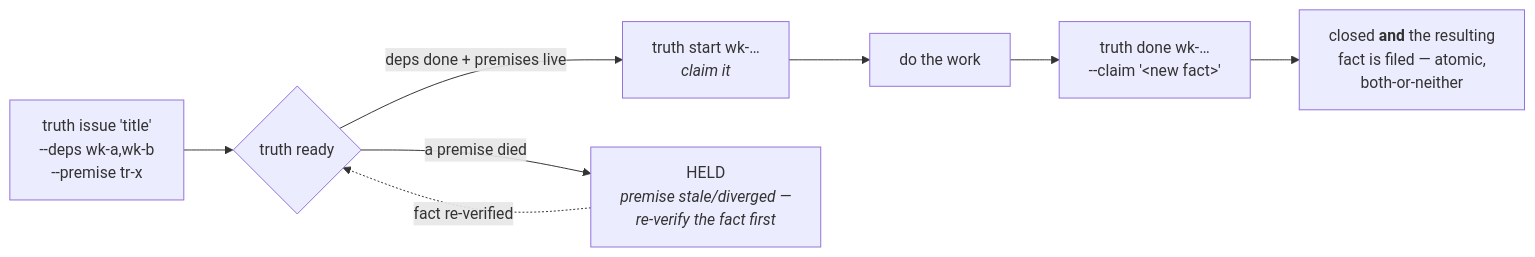
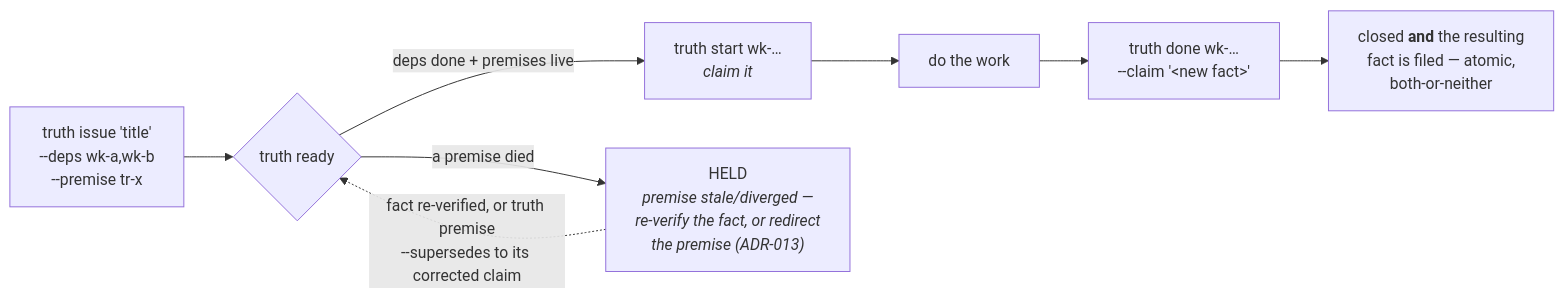
The third of 8 diagrams in template/docs/truth-ledger-machinery.md (m1981/truth-ledger), drawn with Mermaid before and after one commit. The commit also changed 6 other files, not shown here.

First line of the commit message:
feat: v0.6.4 — ADR-013 premise supersede (wk-8d966a5b, FS-5)

````diff
--- a/template/docs/truth-ledger-machinery.md
+++ b/template/docs/truth-ledger-machinery.md
@@ -109,18 +109,18 @@
 ```mermaid
 flowchart LR
     A["truth issue 'title'<br/>--deps wk-a,wk-b<br/>--premise tr-x"]
     B{"truth ready"}
     C["truth start wk-…<br/><i>claim it</i>"]
     D["do the work"]
     E["truth done wk-…<br/>--claim '&lt;new fact&gt;'"]
     F["closed <b>and</b> the resulting<br/>fact is filed — atomic,<br/>both-or-neither"]
-    H["HELD<br/><i>premise stale/diverged —<br/>re-verify the fact first</i>"]
+    H["HELD<br/><i>premise stale/diverged —<br/>re-verify the fact, or redirect<br/>the premise (ADR-013)</i>"]
 
     A --> B
     B -->|"deps done + premises live"| C
     B -->|"a premise died"| H
-    H -.->|"fact re-verified"| B
+    H -.->|"fact re-verified, or truth premise<br/>--supersedes to its corrected claim"| B
     C --> D
     D --> E
     E --> F
 ```
````
